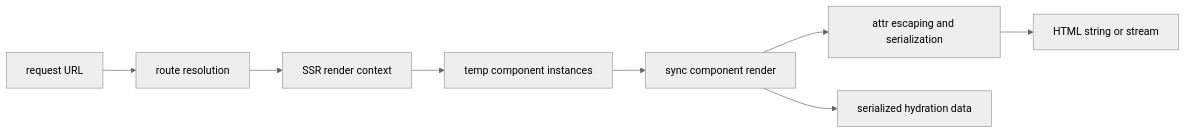
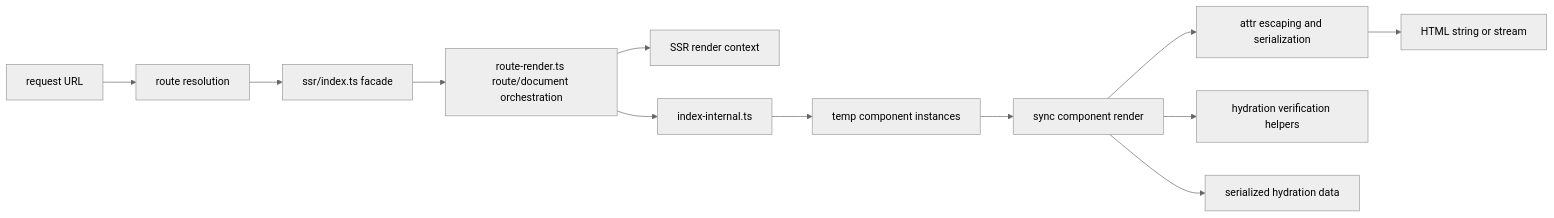
The second of 7 diagrams in docs/internals/ssr-ssg-pipeline.md (askrjs/askr), drawn with Mermaid (neutral theme) before and after one commit. The commit also changed other lines of this file and 18 other files, not shown here.

Commit message:
Tighten renderer and SSR architecture ownership

````diff
--- a/docs/internals/ssr-ssg-pipeline.md
+++ b/docs/internals/ssr-ssg-pipeline.md
@@ -33,19 +33,27 @@
 ```mermaid
 flowchart LR
   url[request URL]
   routeResolve[route resolution]
   ssrContext[SSR render context]
+  facade[ssr/index.ts facade]
+  routeRender[route-render.ts route/document orchestration]
+  internal[index-internal.ts]
   componentInstance[temp component instances]
   syncRender[sync component render]
   attrs[attr escaping and serialization]
+  verify[hydration verification helpers]
   html[HTML string or stream]
   hydrateData[serialized hydration data]
 
   url --> routeResolve
-  routeResolve --> ssrContext
-  ssrContext --> componentInstance
+  routeResolve --> facade
+  facade --> routeRender
+  routeRender --> ssrContext
+  routeRender --> internal
+  internal --> componentInstance
   componentInstance --> syncRender
   syncRender --> attrs
+  syncRender --> verify
   attrs --> html
   syncRender --> hydrateData
 ```
````
